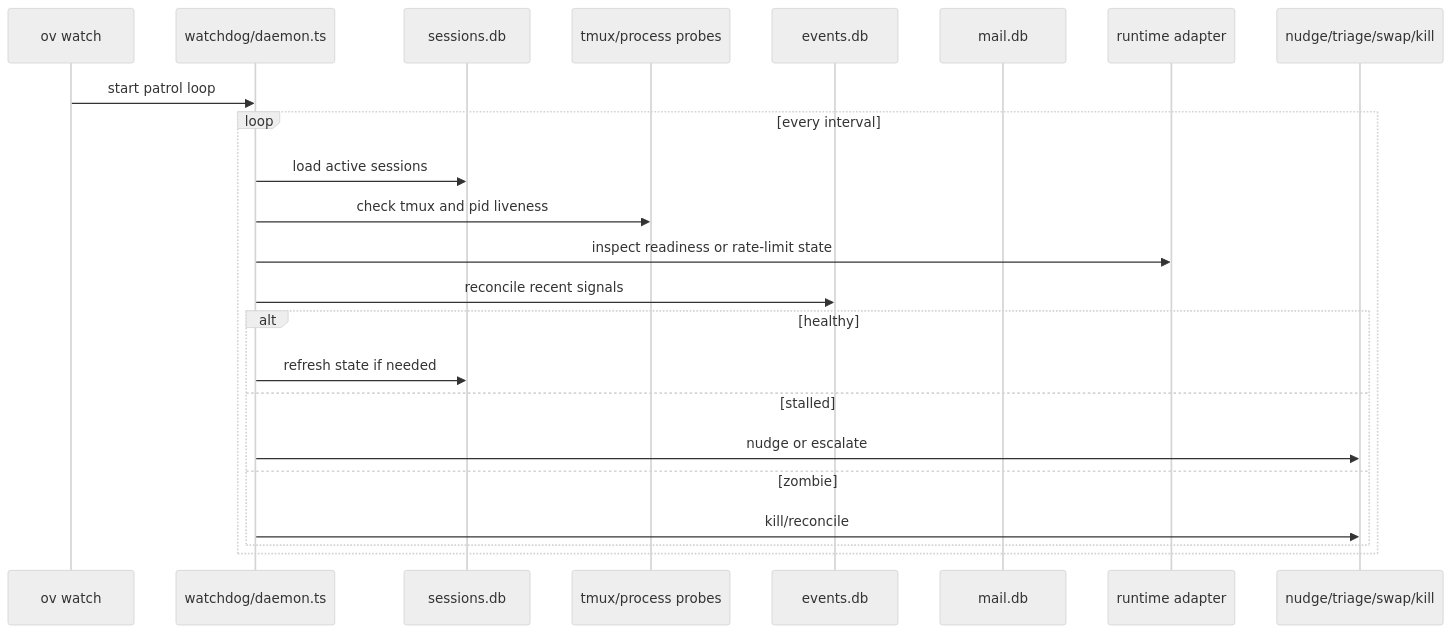
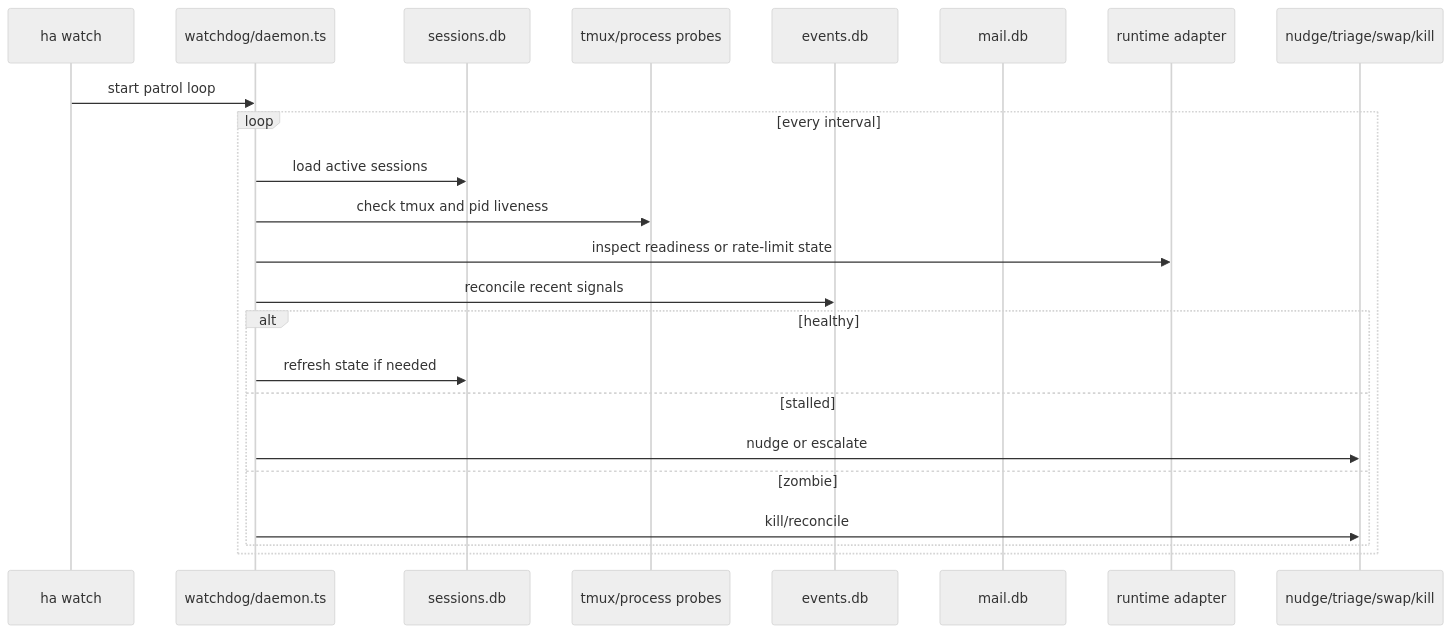
One commit to liker0704/haru changed the fifth of 9 diagrams in docs/architecture/workflows.md. Above: the diagram before and after it, drawn with Mermaid (neutral theme). The commit also changed other lines of this file and 668 other files, not shown here.

````diff
--- a/docs/architecture/workflows.md
+++ b/docs/architecture/workflows.md
@@ -197,26 +197,26 @@
 ```mermaid
 sequenceDiagram
-    participant Watch as ov watch
+    participant Watch as ha watch
     participant Daemon as watchdog/daemon.ts
     participant Sessions as sessions.db
     participant Tmux as tmux/process probes
     participant Events as events.db
     participant Mail as mail.db
     participant Runtime as runtime adapter
     participant Action as nudge/triage/swap/kill
 
     Watch->>Daemon: start patrol loop
     loop every interval
         Daemon->>Sessions: load active sessions
         Daemon->>Tmux: check tmux and pid liveness
         Daemon->>Runtime: inspect readiness or rate-limit state
         Daemon->>Events: reconcile recent signals
         alt healthy
             Daemon->>Sessions: refresh state if needed
         else stalled
             Daemon->>Action: nudge or escalate
         else zombie
             Daemon->>Action: kill/reconcile
         end
     end
 ```
````
